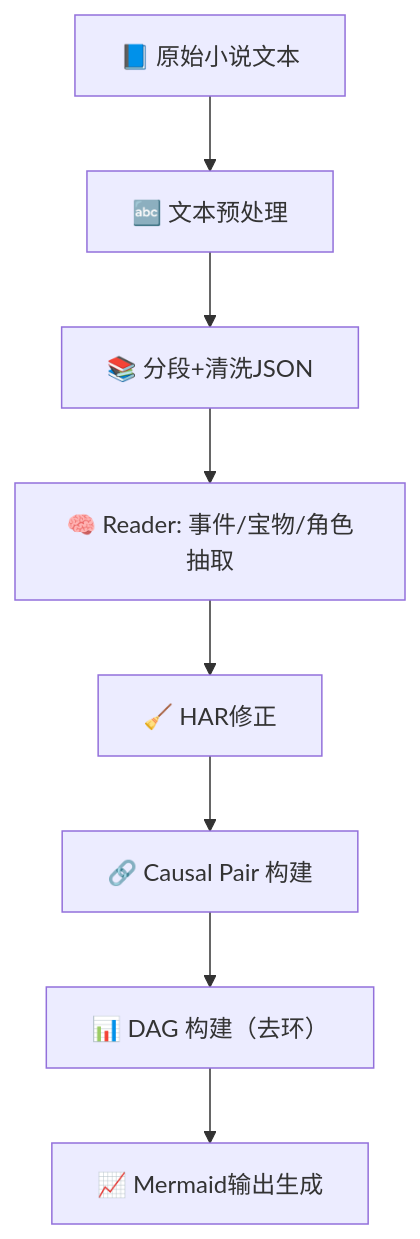
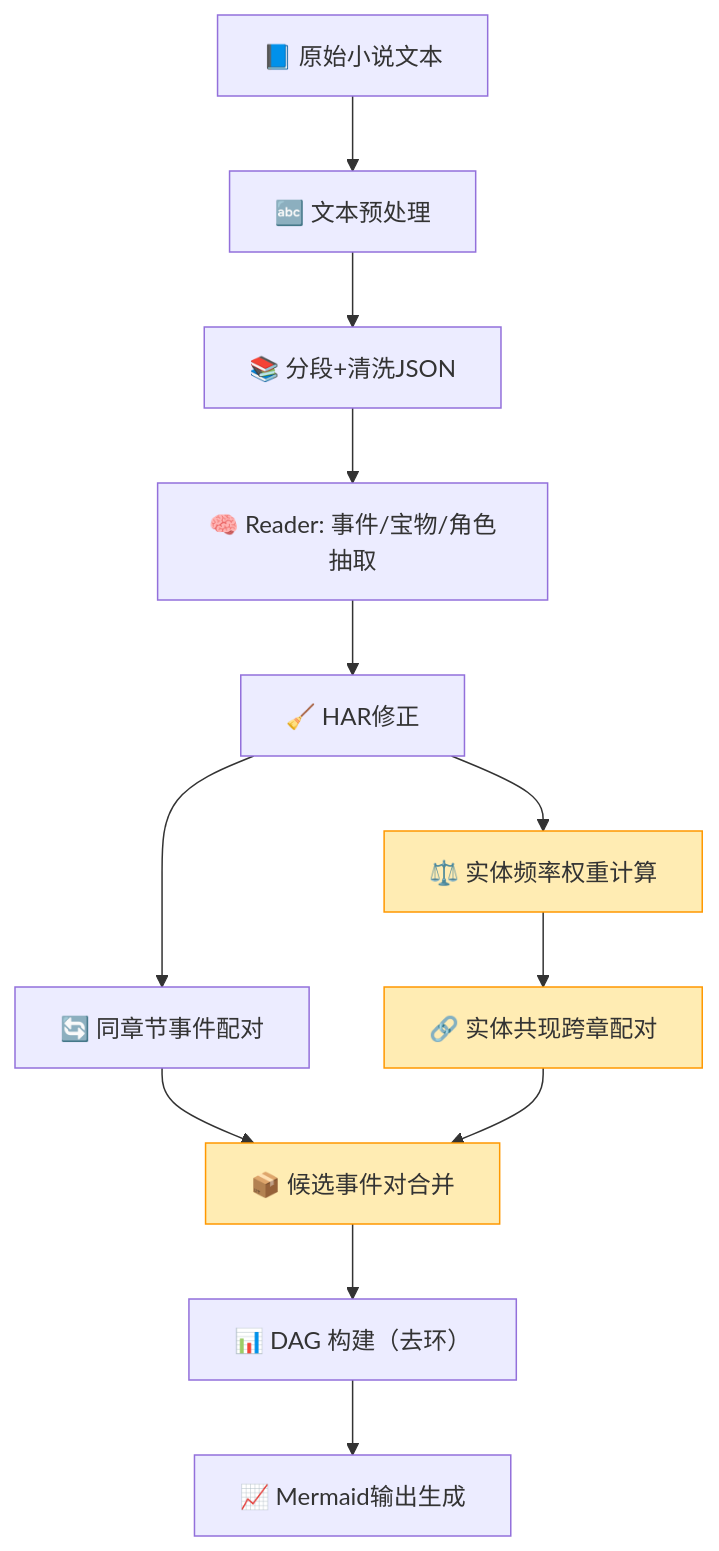
Before and after one commit to severin-ye/LingMap: the third of 3 diagrams in 项目逻辑设计.md, drawn with Mermaid. The commit also changed other lines of this file and 5 other files, not shown here.

````diff
--- a/项目逻辑设计.md
+++ b/项目逻辑设计.md
@@ -228,11 +249,20 @@
 ```mermaid
 graph TD
     T0[📘 原始小说文本] --> T1[🔤 文本预处理]
     T1 --> T2[📚 分段+清洗JSON]
     T2 --> T3[🧠 Reader: 事件/宝物/角色抽取]
     T3 --> T4[🧹 HAR修正]
-    T4 --> T5[🔗 Causal Pair 构建]
-    T5 --> T6[📊 DAG 构建（去环）]
+    
+    T4 --> T5A[🔄 同章节事件配对]
+    T4 --> T5B[⚖️ 实体频率权重计算]
+    T5B --> T5C[🔗 实体共现跨章配对]
+    
+    T5A & T5C --> T5D[📦 候选事件对合并]
+    T5D --> T6[📊 DAG 构建（去环）]
     T6 --> T7[📈 Mermaid输出生成]
+    
+    style T5B fill:#FFECB3,stroke:#FF9800
+    style T5C fill:#FFECB3,stroke:#FF9800
+    style T5D fill:#FFECB3,stroke:#FF9800
 
 ```
````
